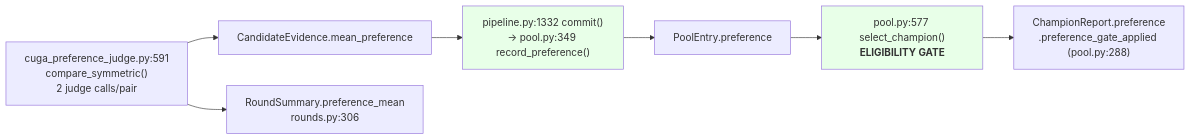
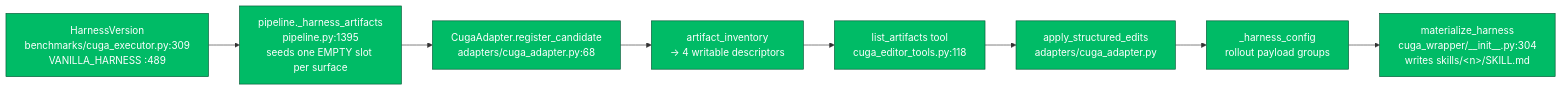
One commit to one-little-step/AgentEvolve changed the fourth of 8 diagrams in docs/architecture/IMPLEMENTED-PIPELINE-MAP.md. Above: the diagram before and after it, drawn with Mermaid. The commit also changed other lines of this file and 8 other files, not shown here.

````diff
--- a/docs/architecture/IMPLEMENTED-PIPELINE-MAP.md
+++ b/docs/architecture/IMPLEMENTED-PIPELINE-MAP.md
@@ -251,13 +167,14 @@
 ```mermaid
 flowchart LR
-    J["cuga_preference_judge.py:591<br/>compare_symmetric()<br/>2 judge calls/pair"]
-    J --> CE["CandidateEvidence.mean_preference"]
-    CE --> CM["pipeline.py:1332 commit()<br/>-> pool.py:349 record_preference()"]
-    CM --> PE["PoolEntry.preference"]
-    PE --> GATE["pool.py:577 select_champion()<br/><b>ELIGIBILITY GATE</b>"]
-    GATE --> CR["ChampionReport.preference<br/>.preference_gate_applied (pool.py:288)"]
-    J --> RS["RoundSummary.preference_mean<br/>rounds.py:306"]
+    HV["HarnessVersion<br/>benchmarks/cuga_executor.py:309<br/>VANILLA_HARNESS :489"]:::live
+    HA["pipeline._harness_artifacts<br/>pipeline.py:1395<br/>seeds one EMPTY slot per surface"]:::live
+    REG["CugaAdapter.register_candidate<br/>adapters/cuga_adapter.py:68"]:::live
+    INV["artifact_inventory<br/>-> 4 writable descriptors"]:::live
+    TOOL["list_artifacts tool<br/>cuga_editor_tools.py:118"]:::live
+    APPLY["apply_structured_edits<br/>adapters/cuga_adapter.py"]:::live
+    HC["_harness_config<br/>rollout payload groups"]:::live
+    MAT["materialize_harness<br/>cuga_wrapper/__init__.py:304<br/>writes skills/&lt;n&gt;/SKILL.md"]:::live
 
-    style GATE fill:#e8ffe8
-    style CM fill:#e8ffe8
+    HV --> HA --> REG --> INV --> TOOL --> APPLY --> HC --> MAT
+    classDef live fill:#0b6,stroke:#053,color:#fff
 ```
````
